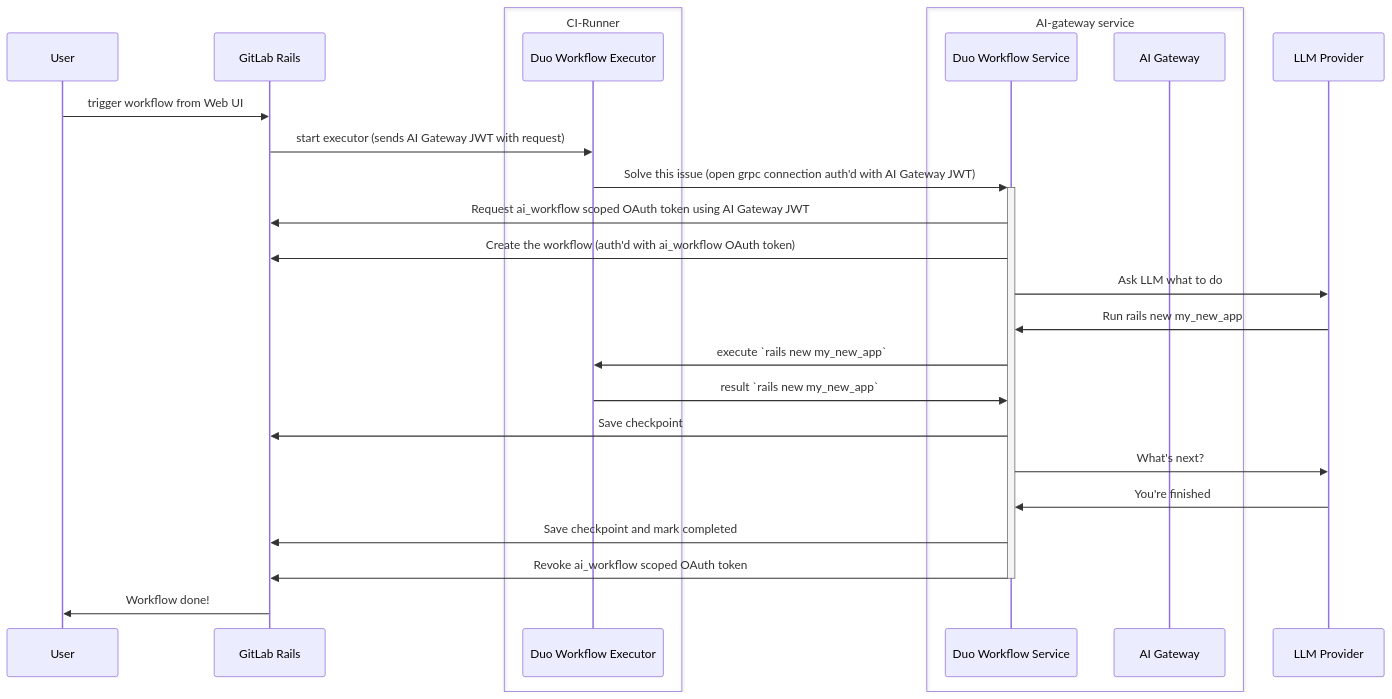
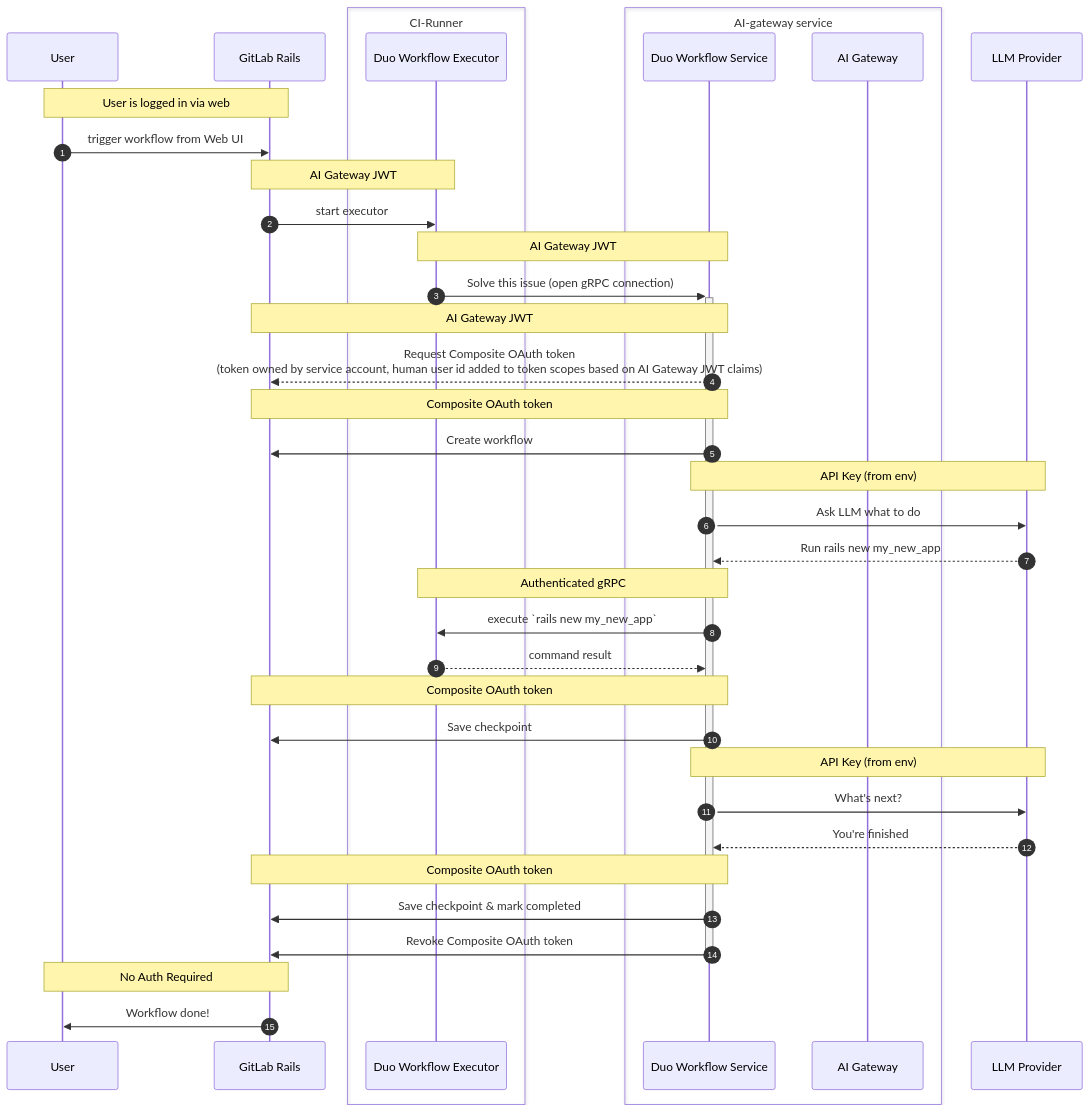
One commit to zalyoung/gitlab-handbook changed the second of 3 diagrams in content/handbook/engineering/architecture/design-documents/duo_workflow/_index.md. Above: the diagram before and after it, drawn with Mermaid.

Commit message:
Duo Workflow: Update sequence diagram with auth
* Follow up to conversation here:
  https://gitlab.com/groups/gitlab-org/-/epics/16549#note_2321842620

````diff
--- a/content/handbook/engineering/architecture/design-documents/duo_workflow/_index.md
+++ b/content/handbook/engineering/architecture/design-documents/duo_workflow/_index.md
@@ -158,30 +158,53 @@
 ```mermaid
 sequenceDiagram
-   participant user as User
-   participant gitlab_rails as GitLab Rails
-   box CI-Runner
-      participant executor as Duo Workflow Executor
-   end
-   box AI-gateway service
-     participant duo_workflow_service as Duo Workflow Service
-     participant ai_gateway as AI Gateway
-   end
-   participant llm_provider as LLM Provider
+    autonumber
+    participant user as User
+    participant gitlab_rails as GitLab Rails
+    box CI-Runner #LightYellow
+        participant executor as Duo Workflow Executor
+    end
+    box AI-gateway service #LightBlue
+        participant duo_workflow_service as Duo Workflow Service
+        participant ai_gateway as AI Gateway
+    end
+    participant llm_provider as LLM Provider
 
-   user->>gitlab_rails: trigger workflow from Web UI
-   gitlab_rails->>executor: start executor (sends AI Gateway JWT with request)
-   executor->>+duo_workflow_service: Solve this issue (open grpc connection auth'd with AI Gateway JWT)
-   duo_workflow_service->>gitlab_rails: Request ai_workflow scoped OAuth token using AI Gateway JWT
-   duo_workflow_service->>gitlab_rails: Create the workflow (auth'd with ai_workflow OAuth token)
-   duo_workflow_service->>llm_provider: Ask LLM what to do
-   llm_provider->>duo_workflow_service: Run rails new my_new_app
-   duo_workflow_service->>executor: execute `rails new my_new_app`
-   executor->>duo_workflow_service: result `rails new my_new_app`
-   duo_workflow_service->>gitlab_rails: Save checkpoint
-   duo_workflow_service->>llm_provider: What's next?
-   llm_provider->>duo_workflow_service: You're finished
-   duo_workflow_service->>gitlab_rails: Save checkpoint and mark completed
-   duo_workflow_service->>gitlab_rails: Revoke ai_workflow scoped OAuth token
-   deactivate duo_workflow_service
-   gitlab_rails->>user: Workflow done!
+    note over user,gitlab_rails: User is logged in via web
+    user->>gitlab_rails: trigger workflow from Web UI
+
+    note over gitlab_rails,executor: AI Gateway JWT
+    gitlab_rails->>executor: start executor
+
+    note over executor,duo_workflow_service: AI Gateway JWT
+    executor->>+duo_workflow_service: Solve this issue (open gRPC connection)
+
+    note over duo_workflow_service,gitlab_rails: AI Gateway JWT
+    duo_workflow_service-->>gitlab_rails: Request Composite OAuth token<br/>(token owned by service account, human user id added to token scopes based on AI Gateway JWT claims)
+
+    note over duo_workflow_service,gitlab_rails: Composite OAuth token
+    duo_workflow_service->>gitlab_rails: Create workflow
+
+    note over duo_workflow_service,llm_provider: API Key (from env)
+    duo_workflow_service->>llm_provider: Ask LLM what to do
+    llm_provider-->>duo_workflow_service: Run rails new my_new_app
+
+    note over duo_workflow_service,executor: Authenticated gRPC
+    duo_workflow_service->>executor: execute `rails new my_new_app`
+    executor-->>duo_workflow_service: command result
+
+    note over duo_workflow_service,gitlab_rails: Composite OAuth token
+    duo_workflow_service->>gitlab_rails: Save checkpoint
+
+    note over duo_workflow_service,llm_provider: API Key (from env)
+    duo_workflow_service->>llm_provider: What's next?
+    llm_provider-->>duo_workflow_service: You're finished
+
+    note over duo_workflow_service,gitlab_rails: Composite OAuth token
+    duo_workflow_service->>gitlab_rails: Save checkpoint & mark completed
+    duo_workflow_service->>gitlab_rails: Revoke Composite OAuth token
+    deactivate duo_workflow_service
+
+    note over gitlab_rails,user: No Auth Required
+    gitlab_rails->>user: Workflow done!
+
 ```
````
